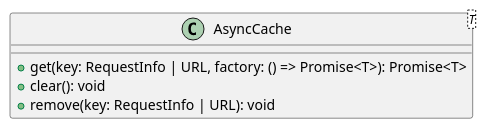
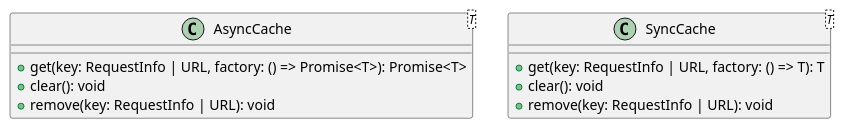
One commit to CPNV-ES/game-engine changed the diagram in doc/diagrams/Core_Caching.puml. Above: the diagram before and after it, drawn with PlantUML. The commit also changed 3 other files, not shown here.

Commit message:
docs: update class diagrams

```diff
--- a/doc/diagrams/Core_Caching.puml
+++ b/doc/diagrams/Core_Caching.puml
@@ -1,7 +1,12 @@
 @startuml
 class AsyncCache<T> {
     +get(key: RequestInfo | URL, factory: () => Promise<T>): Promise<T>
     +clear(): void
     +remove(key: RequestInfo | URL): void
 }
+class SyncCache<T> {
+    +get(key: RequestInfo | URL, factory: () => T): T
+    +clear(): void
+    +remove(key: RequestInfo | URL): void
+}
 @enduml
```
